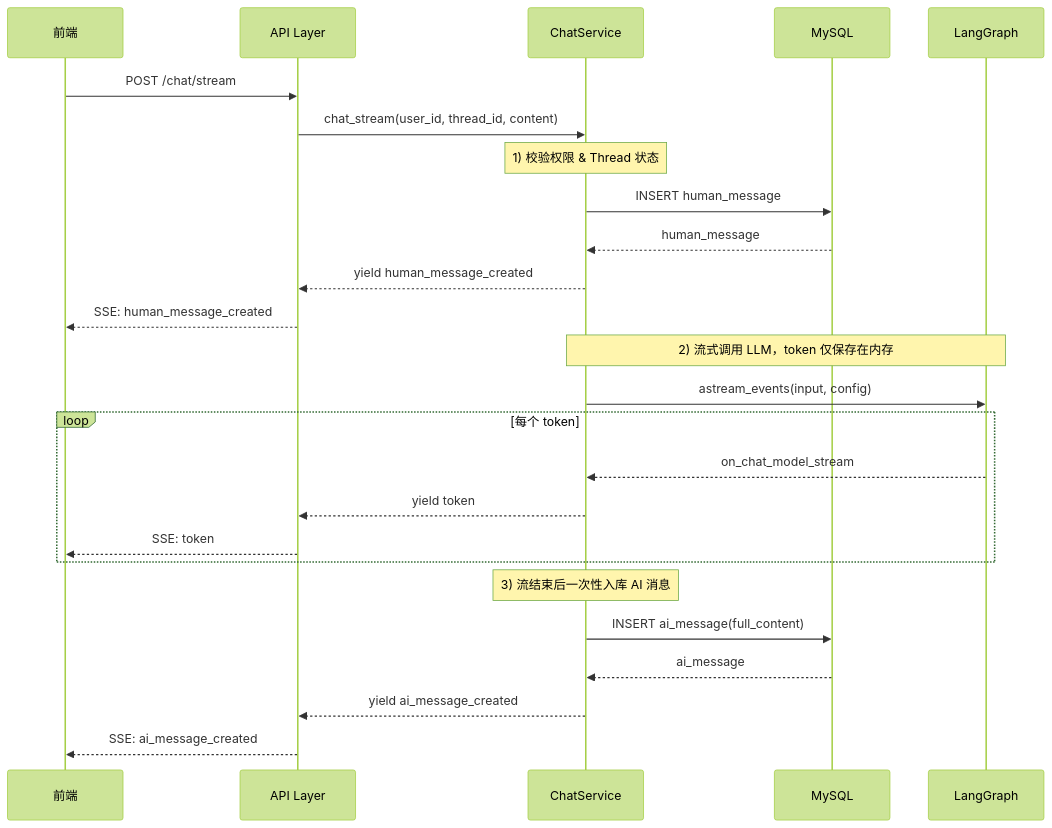
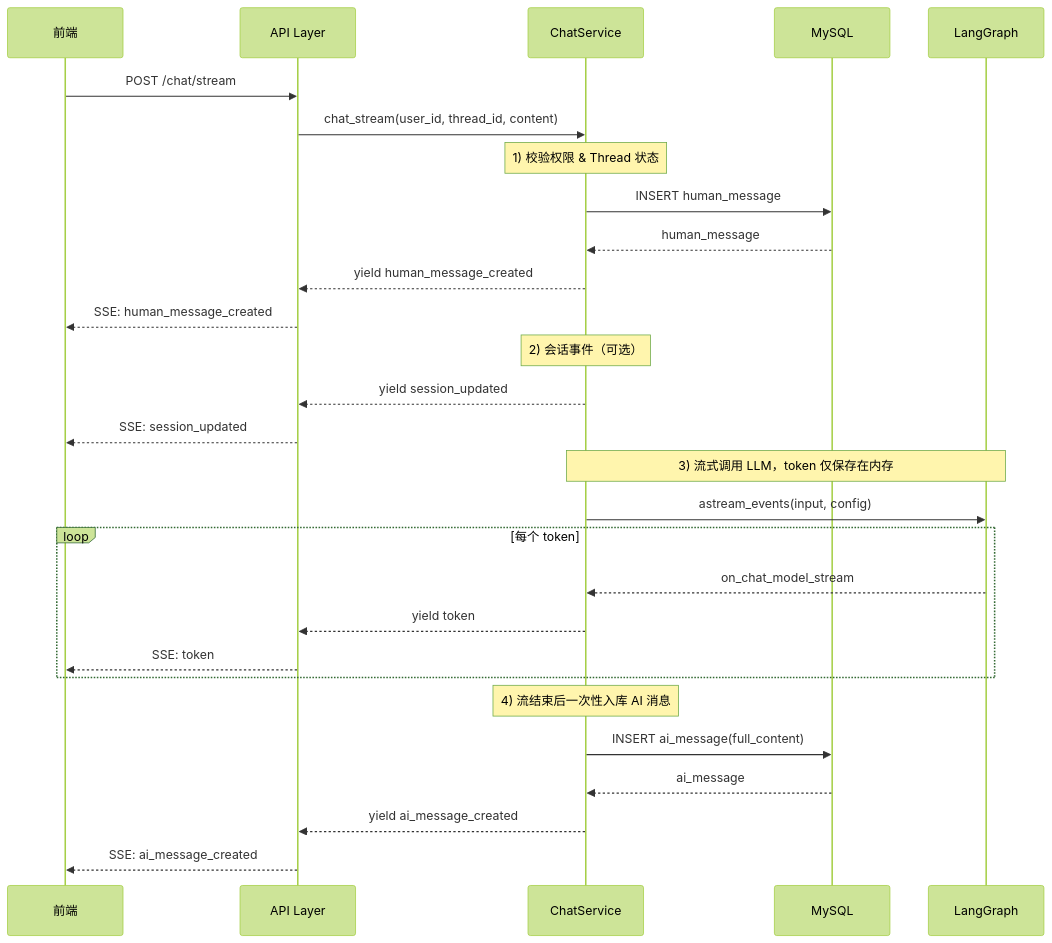
One commit to FufuufuF/gitLLM changed the diagram in docs/stream-chat.md. Above: the diagram before and after it, drawn with Mermaid (forest theme). The commit also changed other lines of this file, not shown here.

````diff
--- a/docs/stream-chat.md
+++ b/docs/stream-chat.md
@@ -149,32 +154,36 @@
 ```mermaid
 sequenceDiagram
     participant F as 前端
     participant A as API Layer
     participant S as ChatService
     participant DB as MySQL
     participant G as LangGraph
 
     F->>A: POST /chat/stream
     A->>S: chat_stream(user_id, thread_id, content)
 
     Note over S: 1) 校验权限 & Thread 状态
     S->>DB: INSERT human_message
     DB-->>S: human_message
     S-->>A: yield human_message_created
     A-->>F: SSE: human_message_created
 
-    Note over S,G: 2) 流式调用 LLM，token 仅保存在内存
+    Note over S: 2) 会话事件（可选）
+    S-->>A: yield session_updated
+    A-->>F: SSE: session_updated
+
+    Note over S,G: 3) 流式调用 LLM，token 仅保存在内存
     S->>G: astream_events(input, config)
 
     loop 每个 token
         G-->>S: on_chat_model_stream
         S-->>A: yield token
         A-->>F: SSE: token
     end
 
-    Note over S: 3) 流结束后一次性入库 AI 消息
+    Note over S: 4) 流结束后一次性入库 AI 消息
     S->>DB: INSERT ai_message(full_content)
     DB-->>S: ai_message
     S-->>A: yield ai_message_created
     A-->>F: SSE: ai_message_created
 ```
````
